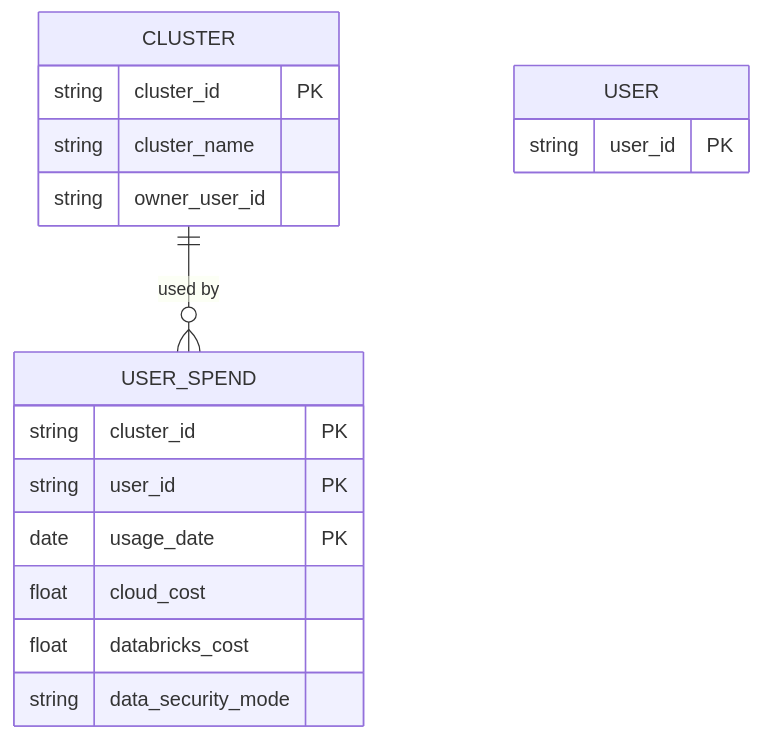
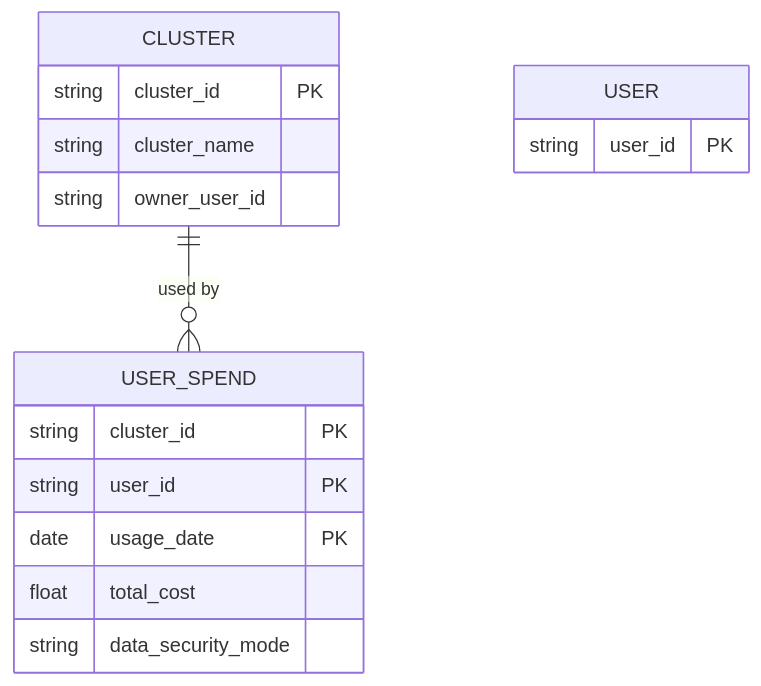
Before and after one commit to AdityaMandiwal/DBSPEND360: the third of 6 diagrams in docs/data_model.md, drawn with Mermaid. The commit also changed other lines of this file and 1 other file, not shown here.

````diff
--- a/docs/data_model.md
+++ b/docs/data_model.md
@@ -210,20 +116,19 @@
 ```mermaid
 erDiagram
     CLUSTER ||--o{ USER_SPEND : "used by"
     USER_SPEND {
         string cluster_id PK
         string user_id PK
         date usage_date PK
-        float cloud_cost
-        float databricks_cost
+        float total_cost
         string data_security_mode
     }
     CLUSTER {
         string cluster_id PK
         string cluster_name
         string owner_user_id
     }
     USER {
         string user_id PK
     }
 ```
````
